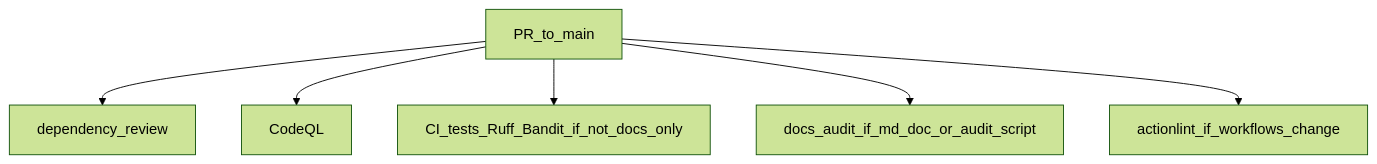
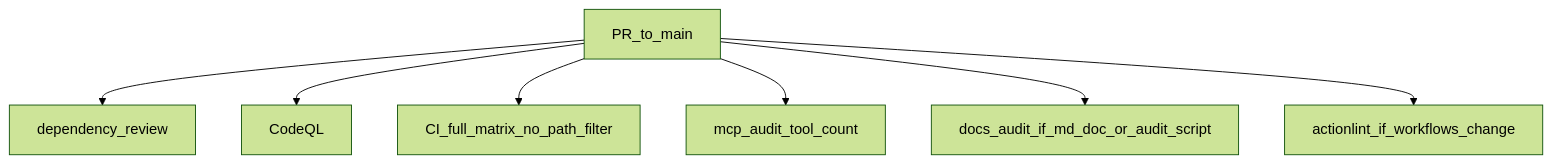
The second of 2 diagrams in .github/README.md (ActiveInferenceInstitute/GeneralizedNotationNotation), drawn with Mermaid (forest theme) before and after one commit. The commit also changed other lines of this file and 278 other files, not shown here.

````diff
--- a/.github/README.md
+++ b/.github/README.md
@@ -296,9 +302,10 @@
 ```mermaid
 flowchart TB
   pr[PR_to_main]
   pr --> dep[dependency_review]
   pr --> cq[CodeQL]
-  pr --> ci[CI_tests_Ruff_Bandit_if_not_docs_only]
+  pr --> ci[CI_full_matrix_no_path_filter]
+  pr --> mc[mcp_audit_tool_count]
   pr --> da[docs_audit_if_md_doc_or_audit_script]
   pr --> al[actionlint_if_workflows_change]
 ```
````
